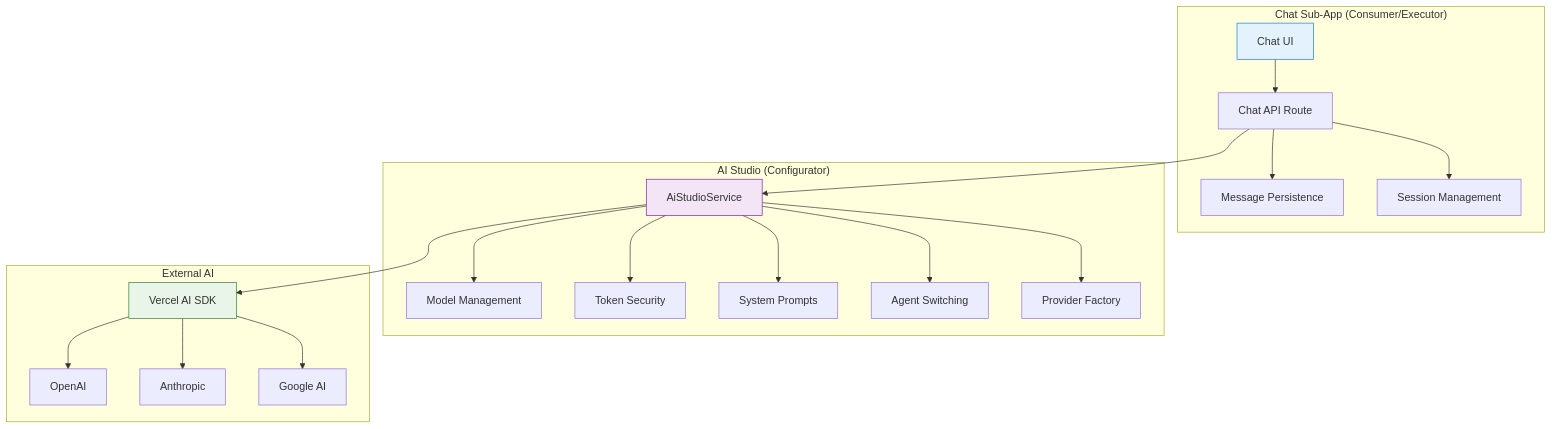
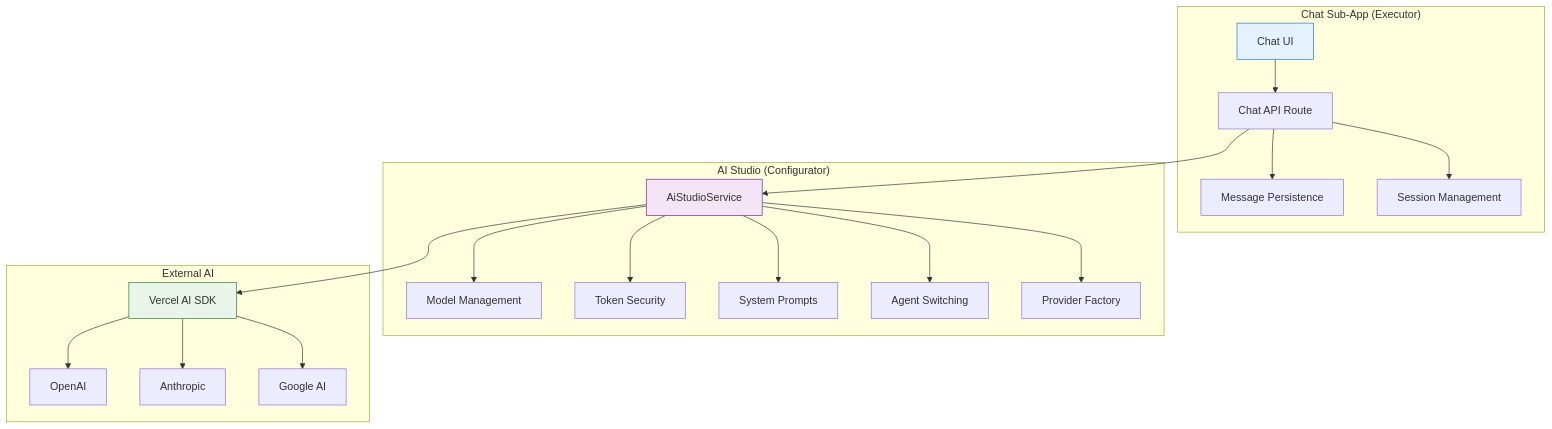
One commit to dBianchii/kodix-turbo changed the diagram in docs/subapps/chat/README.md. Above: the diagram before and after it, drawn with Mermaid. The commit also changed other lines of this file and 23 other files, not shown here.

````diff
--- a/docs/subapps/chat/README.md
+++ b/docs/subapps/chat/README.md
@@ -123,29 +91,29 @@
 ```mermaid
 graph TD
-    subgraph "Chat Sub-App (Consumer/Executor)"
+    subgraph "Chat Sub-App (Executor)"
         A[Chat UI] --> B[Chat API Route]
         B --> C[Message Persistence]
         B --> D[Session Management]
     end
 
     subgraph "AI Studio (Configurator)"
         E[AiStudioService] --> F[Model Management]
         E --> G[Token Security]
         E --> H[System Prompts]
         E --> I[Agent Switching]
         E --> J[Provider Factory]
     end
 
     subgraph "External AI"
         K[Vercel AI SDK] --> L[OpenAI]
         K --> M[Anthropic]
         K --> N[Google AI]
     end
 
     B --> E
     E --> K
 
     style E fill:#f3e5f5,stroke:#7b1fa2
     style A fill:#e3f2fd,stroke:#1976d2
     style K fill:#e8f5e8,stroke:#2e7d32
 ```
````
